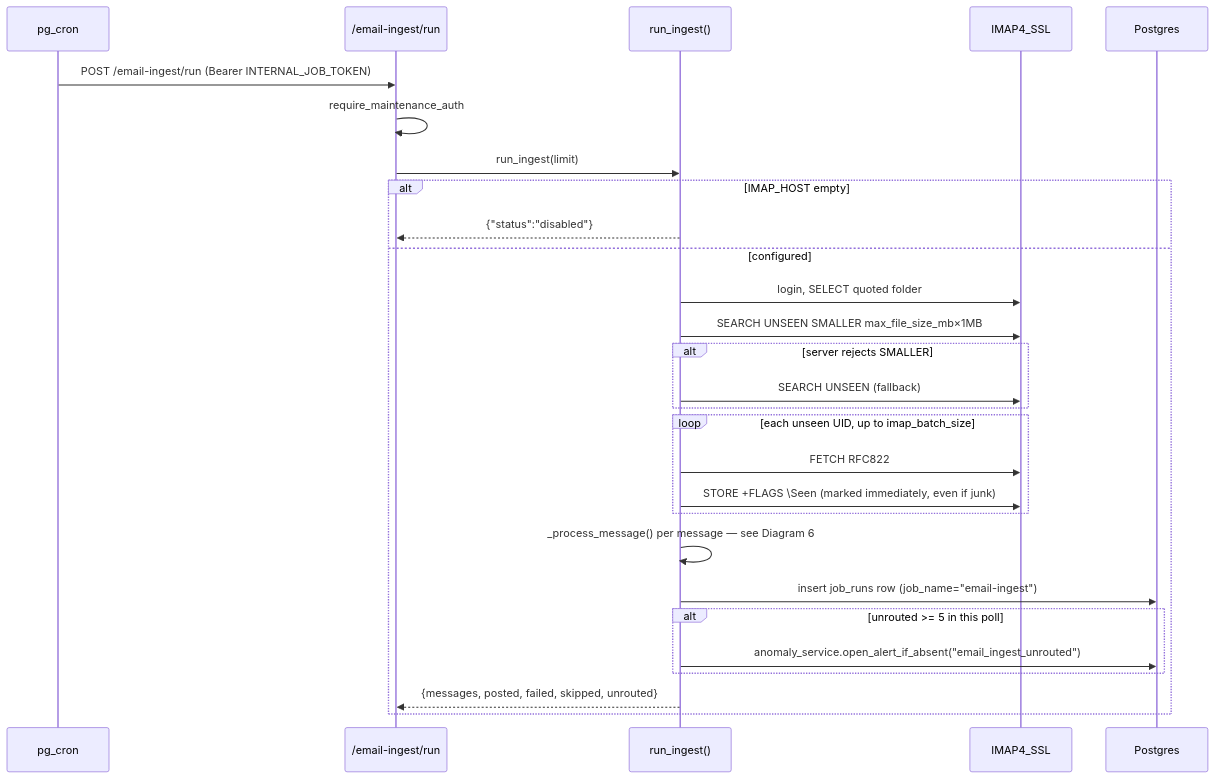
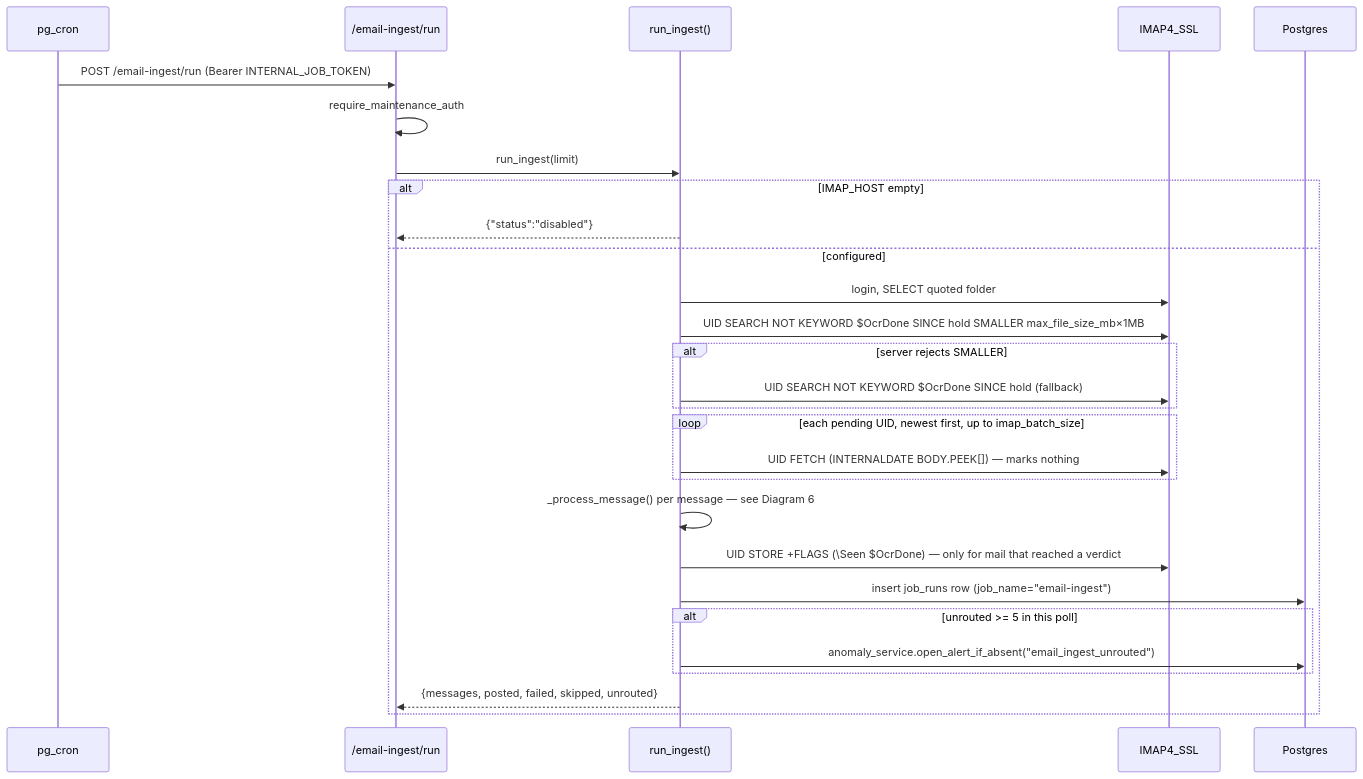
Before and after one commit to developer-carmensoftware/OCR: the fifth of 8 diagrams in docs/email-automation/02-architecture.md, drawn with Mermaid. The commit also changed other lines of this file and 12 other files, not shown here.

First line of the commit message:
fix(email-ingest): queue on our own $OcrDone keyword, not \Seen

````diff
--- a/docs/email-automation/02-architecture.md
+++ b/docs/email-automation/02-architecture.md
@@ -148,31 +148,31 @@
 ```mermaid
 sequenceDiagram
     participant Cron as pg_cron
     participant Router as /email-ingest/run
     participant Ingest as run_ingest()
     participant IMAP as IMAP4_SSL
     participant DB as Postgres
 
     Cron->>Router: POST /email-ingest/run (Bearer INTERNAL_JOB_TOKEN)
     Router->>Router: require_maintenance_auth
     Router->>Ingest: run_ingest(limit)
     alt IMAP_HOST empty
         Ingest-->>Router: {"status":"disabled"}
     else configured
         Ingest->>IMAP: login, SELECT quoted folder
-        Ingest->>IMAP: SEARCH UNSEEN SMALLER max_file_size_mb×1MB
+        Ingest->>IMAP: UID SEARCH NOT KEYWORD $OcrDone SINCE hold SMALLER max_file_size_mb×1MB
         alt server rejects SMALLER
-            Ingest->>IMAP: SEARCH UNSEEN (fallback)
+            Ingest->>IMAP: UID SEARCH NOT KEYWORD $OcrDone SINCE hold (fallback)
         end
-        loop each unseen UID, up to imap_batch_size
-            Ingest->>IMAP: FETCH RFC822
-            Ingest->>IMAP: STORE +FLAGS \Seen (marked immediately, even if junk)
+        loop each pending UID, newest first, up to imap_batch_size
+            Ingest->>IMAP: UID FETCH (INTERNALDATE BODY.PEEK[]) — marks nothing
         end
         Ingest->>Ingest: _process_message() per message — see Diagram 6
+        Ingest->>IMAP: UID STORE +FLAGS (\Seen $OcrDone) — only for mail that reached a verdict
         Ingest->>DB: insert job_runs row (job_name="email-ingest")
         alt unrouted >= 5 in this poll
             Ingest->>DB: anomaly_service.open_alert_if_absent("email_ingest_unrouted")
         end
         Ingest-->>Router: {messages, posted, failed, skipped, unrouted}
     end
 ```
````
